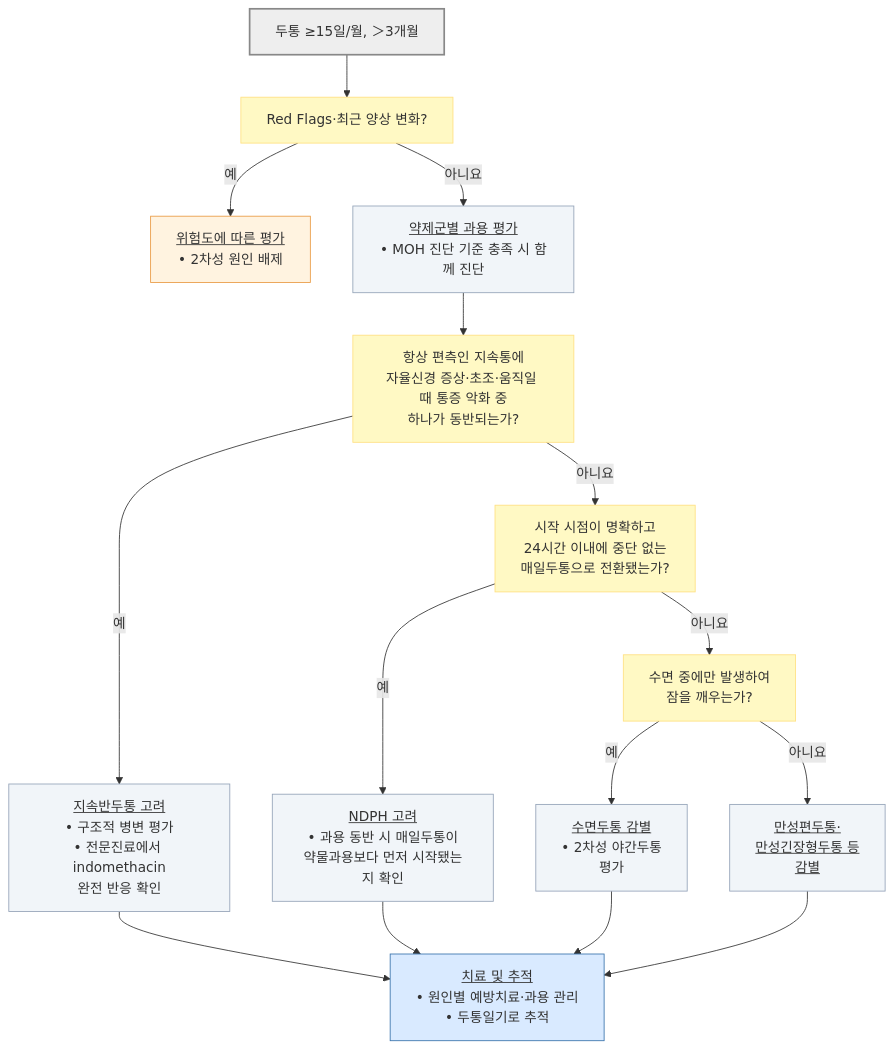
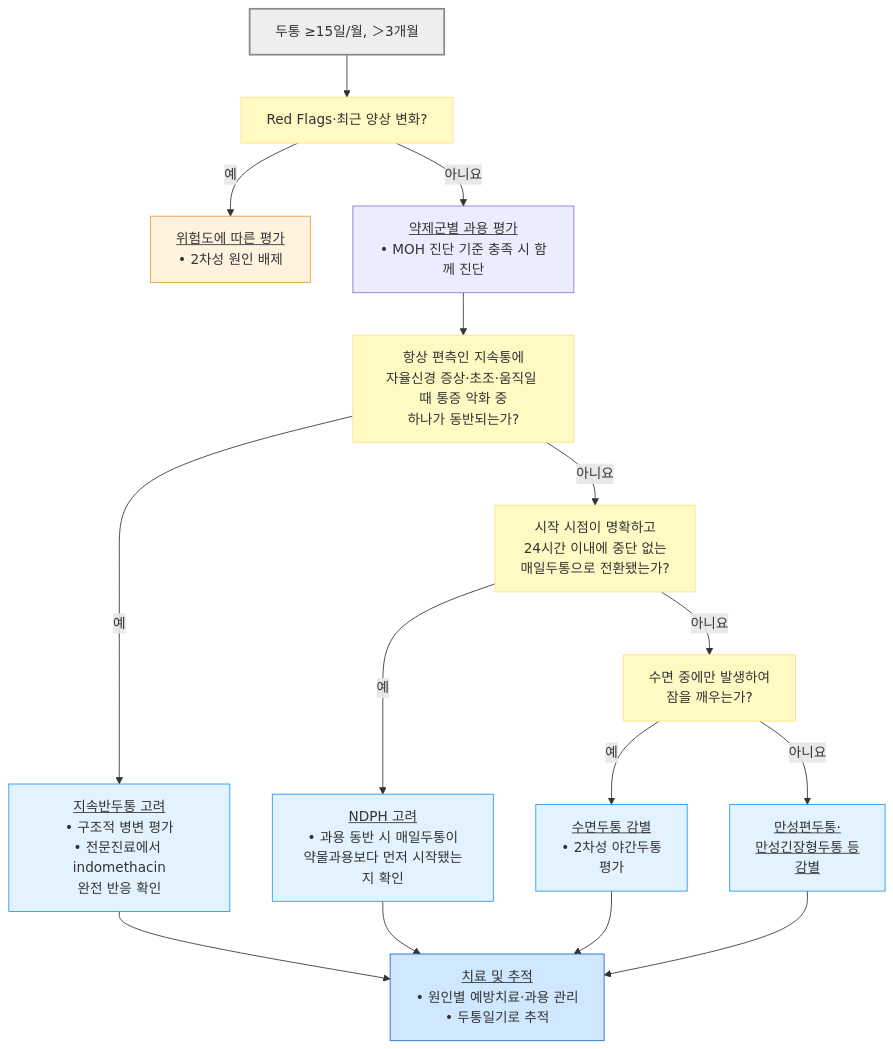
The diagram in 221_/018_-chronic-headache.md (familyoh77/familyoh77), drawn with Mermaid before and after one commit. The commit also changed 4 other files, not shown here.

````diff
--- a/221_/018_-chronic-headache.md
+++ b/221_/018_-chronic-headache.md
@@ -48,28 +48,28 @@
 ```mermaid
 flowchart TD
     A["두통 ≥15일/월, ＞3개월"] --> B["Red Flags·최근 양상 변화?"]
     B -- "예" --> C["<u>위험도에 따른 평가</u><br/>• 2차성 원인 배제"]
     B -- "아니요" --> D["<u>약제군별 과용 평가</u><br/>• MOH 진단 기준 충족 시 함께 진단"]
     D --> E["항상 편측인 지속통에<br/>자율신경 증상·초조·움직일 때 통증 악화 중<br/>하나가 동반되는가?"]
     E -- "예" --> F["<u>지속반두통 고려</u><br/>• 구조적 병변 평가<br/>• 전문진료에서 indomethacin<br/>완전 반응 확인"]
     E -- "아니요" --> G["시작 시점이 명확하고<br/>24시간 이내에 중단 없는 <br/>매일두통으로 전환됐는가?"]
     G -- "예" --> H["<u>NDPH 고려</u><br/>• 과용 동반 시 매일두통이<br/>약물과용보다 먼저 시작됐는지 확인"]
     G -- "아니요" --> I["수면 중에만 발생하여 <br/>잠을 깨우는가?"]
     I -- "예" --> J["<u>수면두통 감별</u><br/>• 2차성 야간두통 <br/>평가"]
     I -- "아니요" --> K["<u>만성편두통·<br/>만성긴장형두통 등 <br/>감별</u>"]
     F --> L["<u>치료 및 추적</u><br/>• 원인별 예방치료·과용 관리<br/>• 두통일기로 추적"]
     H --> L
     J --> L
     K --> L
-
 classDef start fill:#eeeeee,stroke:#888888,stroke-width:2px;
 classDef decision fill:#fff9c4,stroke:#ffe082;
 classDef priority fill:#fff3e0,stroke:#e99b45;
-classDef assessment fill:#f1f5f9,stroke:#94a3b8;
-classDef care fill:#d9eaff,stroke:#3973ac;
+classDef care fill:#e3f2ff,stroke:#2196f3;
+classDef followup fill:#d0e8ff,stroke:#1a6abf;
+
 class A start;
 class B,E,G,I decision;
 class C priority;
-class D,F,H,J,K assessment;
-class L care;
+class F,H,J,K care;
+class L followup;
 ```
````
